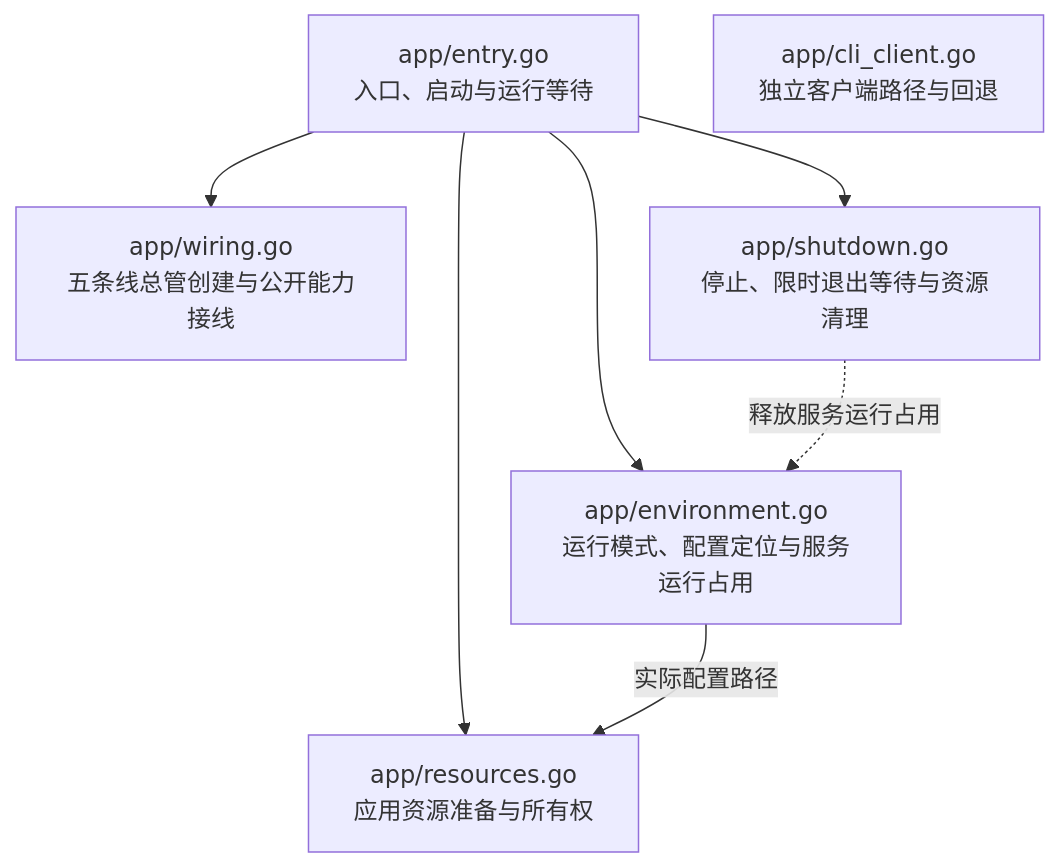
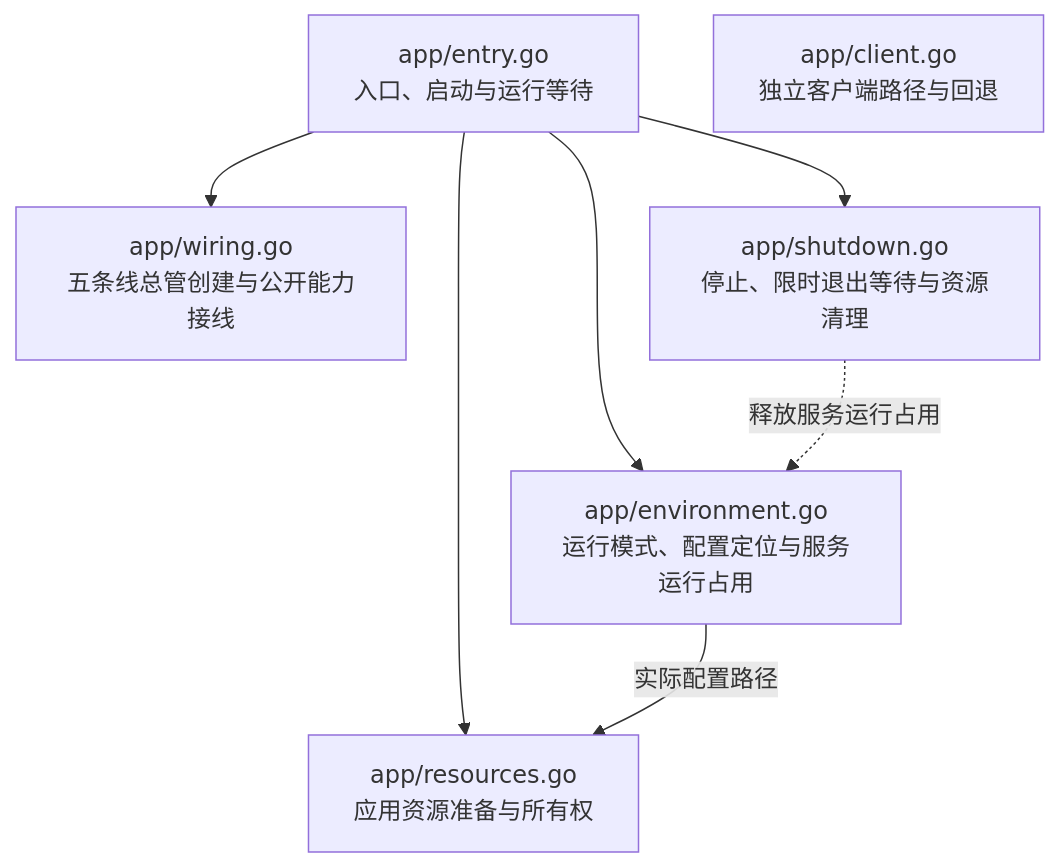
One commit to Elflare/elbot changed the first of 6 diagrams in devdocs/architecture.md. Above: the diagram before and after it, drawn with Mermaid. The commit also changed other lines of this file and 7 other files, not shown here.

````diff
--- a/devdocs/architecture.md
+++ b/devdocs/architecture.md
@@ -16,12 +18,12 @@
 ```mermaid
 flowchart TB
     E["app/entry.go<br/>入口、启动与运行等待"]
     ENV["app/environment.go<br/>运行模式、配置定位与服务运行占用"]
     R["app/resources.go<br/>应用资源准备与所有权"]
     W["app/wiring.go<br/>五条线总管创建与公开能力接线"]
     S["app/shutdown.go<br/>停止、限时退出等待与资源清理"]
-    C["app/cli_client.go<br/>独立客户端路径与回退"]
+    C["app/client.go<br/>独立客户端路径与回退"]
     E --> ENV & R & W & S
     ENV -->|实际配置路径| R
     S -.->|释放服务运行占用| ENV
 ```
````
